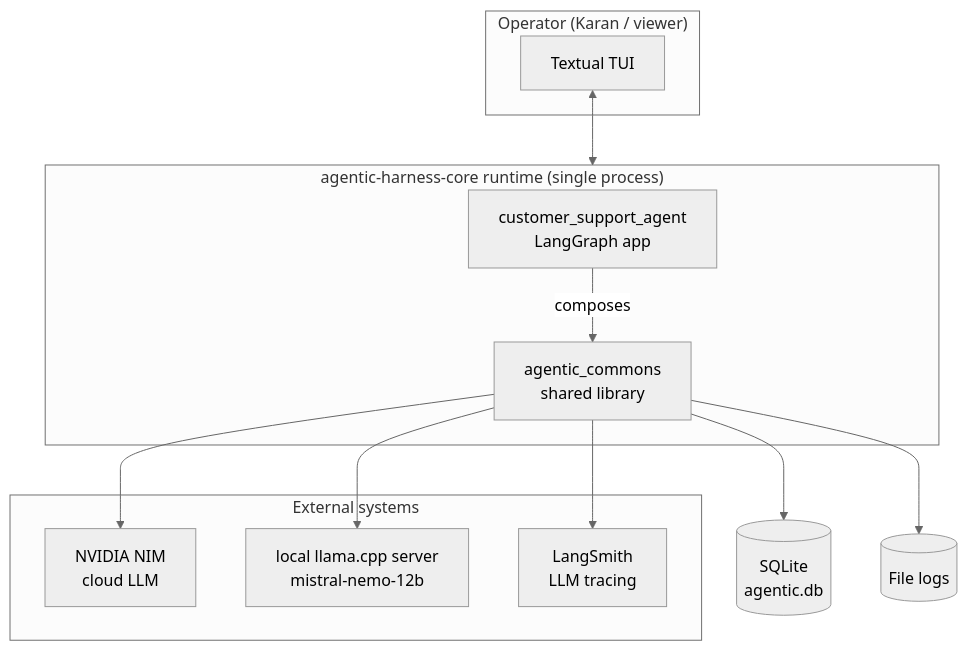
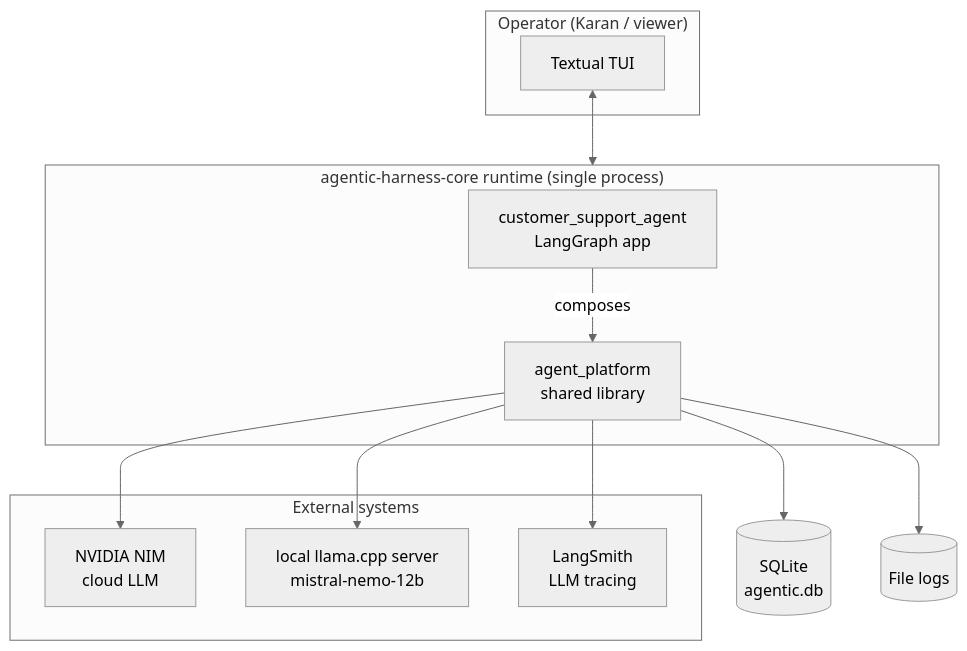
The first of 3 diagrams in design_docs/HLD.md (RoboSathi/agentic-ai-series), drawn with Mermaid (neutral theme) before and after one commit. The commit also changed other lines of this file and 901 other files, not shown here.

First line of the commit message:
refactor: Rename agentic_commons to agent_platform and move loose root modules

````diff
--- a/design_docs/HLD.md
+++ b/design_docs/HLD.md
@@ -32,28 +32,28 @@
 ```mermaid
 flowchart TB
     subgraph Operator["Operator (Karan / viewer)"]
         TUI[Textual TUI]
     end
 
     subgraph Runtime["agentic-harness-core runtime (single process)"]
         CSA[customer_support_agent<br/>LangGraph app]
-        AC[agentic_commons<br/>shared library]
+        AC[agent_platform<br/>shared library]
         CSA -->|composes| AC
     end
 
     subgraph External["External systems"]
         NIM[NVIDIA NIM<br/>cloud LLM]
         LOCAL[local llama.cpp server<br/>mistral-nemo-12b]
         LS[LangSmith<br/>LLM tracing]
     end
 
     DB[(SQLite<br/>agentic.db)]
     LOGS[(File logs)]
 
     TUI <--> Runtime
     AC --> NIM
     AC --> LOCAL
     AC --> LS
     AC --> DB
     AC --> LOGS
 ```
````
